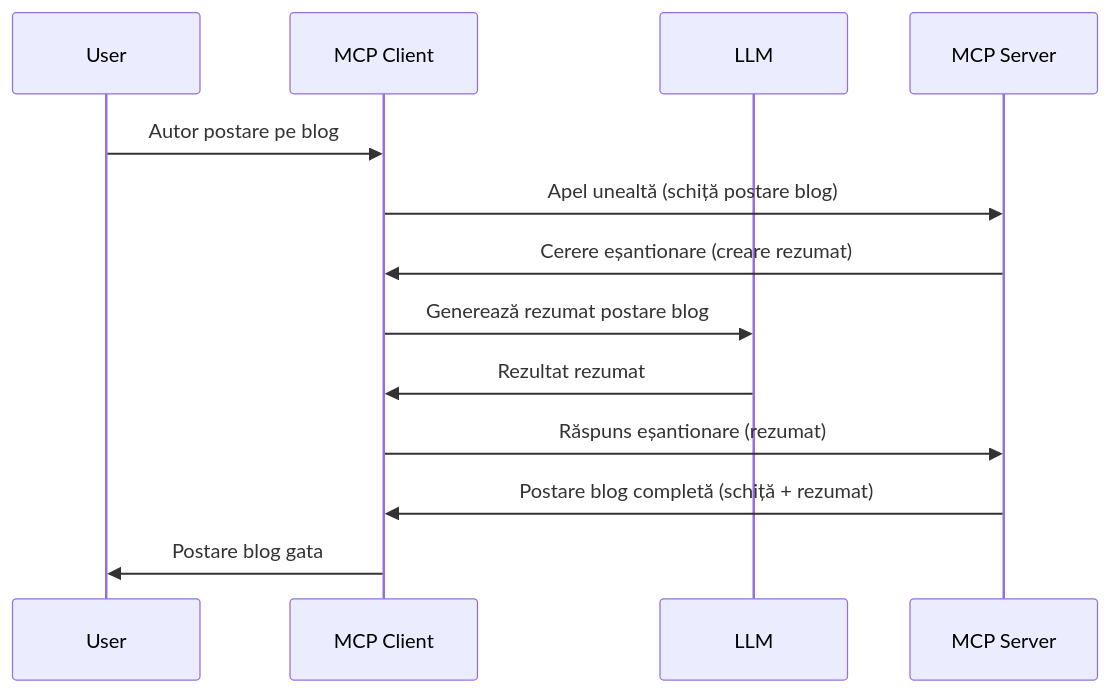
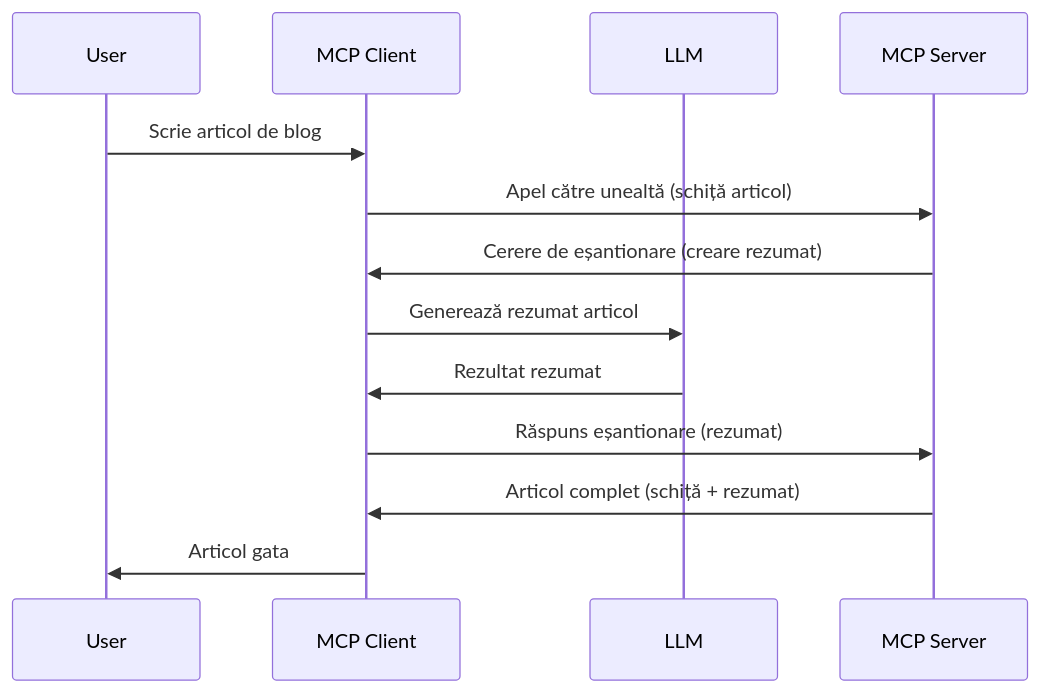
Before and after one commit to HIDORAKAI002/ai-workspace-archive: the diagram in mcp_ecosystem__model_context_protocol/mcp_learning_resources/mcp-for-beginners/translations/ro/03-GettingStarted/14-sampling/README.md, drawn with Mermaid. The commit also changed other lines of this file and 1539 other files, not shown here.

````diff
--- a/mcp_ecosystem__model_context_protocol/mcp_learning_resources/mcp-for-beginners/translations/ro/03-GettingStarted/14-sampling/README.md
+++ b/mcp_ecosystem__model_context_protocol/mcp_learning_resources/mcp-for-beginners/translations/ro/03-GettingStarted/14-sampling/README.md
@@ -23,16 +23,16 @@
 ```mermaid
 sequenceDiagram
     participant User
     participant MCP Client
     participant LLM
     participant MCP Server
 
-    User->>MCP Client: Autor postare pe blog
-    MCP Client->>MCP Server: Apel unealtă (schiță postare blog)
-    MCP Server->>MCP Client: Cerere eșantionare (creare rezumat)
-    MCP Client->>LLM: Generează rezumat postare blog
+    User->>MCP Client: Scrie articol de blog
+    MCP Client->>MCP Server: Apel către unealtă (schiță articol)
+    MCP Server->>MCP Client: Cerere de eșantionare (creare rezumat)
+    MCP Client->>LLM: Generează rezumat articol
     LLM->>MCP Client: Rezultat rezumat
     MCP Client->>MCP Server: Răspuns eșantionare (rezumat)
-    MCP Server->>MCP Client: Postare blog completă (schiță + rezumat)
-    MCP Client->>User: Postare blog gata
+    MCP Server->>MCP Client: Articol complet (schiță + rezumat)
+    MCP Client->>User: Articol gata
 ```
````
